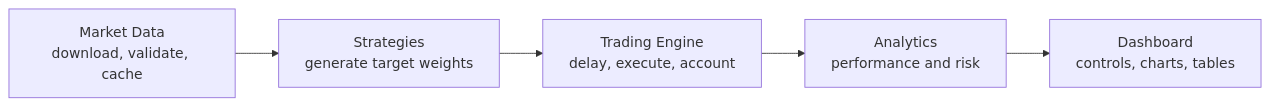
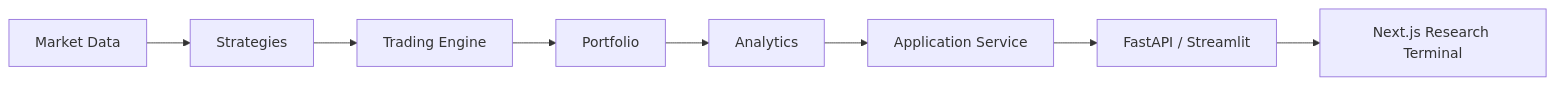
The diagram in README.md (samanyuahuja/SamQuant), drawn with Mermaid before and after one commit. The commit also changed other lines of this file and 66 other files, not shown here.

````diff
--- a/README.md
+++ b/README.md
@@ -31,7 +34,10 @@
 ```mermaid
 flowchart LR
-    A["Market Data<br/>download, validate, cache"] --> B["Strategies<br/>generate target weights"]
-    B --> C["Trading Engine<br/>delay, execute, account"]
-    C --> D["Analytics<br/>performance and risk"]
-    D --> E["Dashboard<br/>controls, charts, tables"]
+    A["Market Data"] --> B["Strategies"]
+    B --> C["Trading Engine"]
+    C --> D["Portfolio"]
+    D --> E["Analytics"]
+    E --> F["Application Service"]
+    F --> G["FastAPI / Streamlit"]
+    G --> H["Next.js Research Terminal"]
 ```
````
